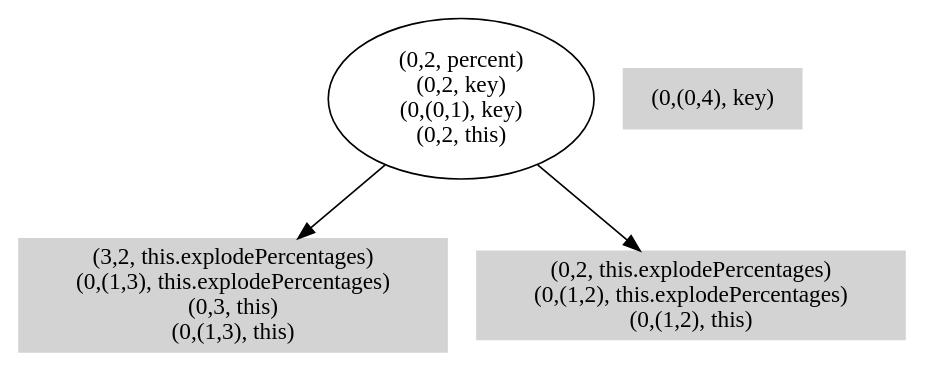
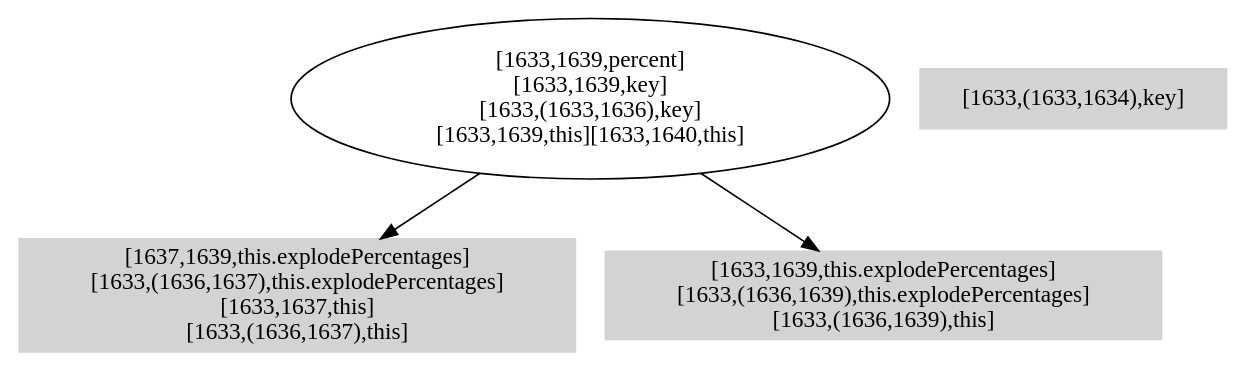
One commit to icst2021satool/source-code changed the diagram in data/PiePlot/setExplodePercent.dot. Above: the diagram before and after it, drawn with Graphviz. The commit also changed 737 other files, not shown here.

Commit message:
Removed code to trim the edges of the subsumption graph. It is costly and is not needed to calculted the unconstrained DUAs

```diff
--- a/data/PiePlot/setExplodePercent.dot
+++ b/data/PiePlot/setExplodePercent.dot
@@ -1,8 +1,8 @@
 digraph { 
-3422 [shape=box,style=filled,color=".0 .0 .83",label="(3,2, this.explodePercentages)\n(0,(1,3), this.explodePercentages)\n(0,3, this)\n(0,(1,3), this)"];
-3423 [shape=box,style=filled,color=".0 .0 .83",label="(0,2, this.explodePercentages)\n(0,(1,2), this.explodePercentages)\n(0,(1,2), this)"];
-3424 [label="(0,2, percent)\n(0,2, key)\n(0,(0,1), key)\n(0,2, this)"];
-3425 [shape=box,style=filled,color=".0 .0 .83",label="(0,(0,4), key)"];
-3424 -> 3422;
-3424 -> 3423;
+3902 [shape=box,style=filled,color=".0 .0 .83",label="[1637,1639,this.explodePercentages]\n[1633,(1636,1637),this.explodePercentages]\n[1633,1637,this]\n[1633,(1636,1637),this]"];
+3903 [shape=box,style=filled,color=".0 .0 .83",label="[1633,1639,this.explodePercentages]\n[1633,(1636,1639),this.explodePercentages]\n[1633,(1636,1639),this]"];
+3904 [label="[1633,1639,percent]\n[1633,1639,key]\n[1633,(1633,1636),key]\n[1633,1639,this][1633,1640,this]"];
+3905 [shape=box,style=filled,color=".0 .0 .83",label="[1633,(1633,1634),key]"];
+3904 -> 3902;
+3904 -> 3903;
 }
```
